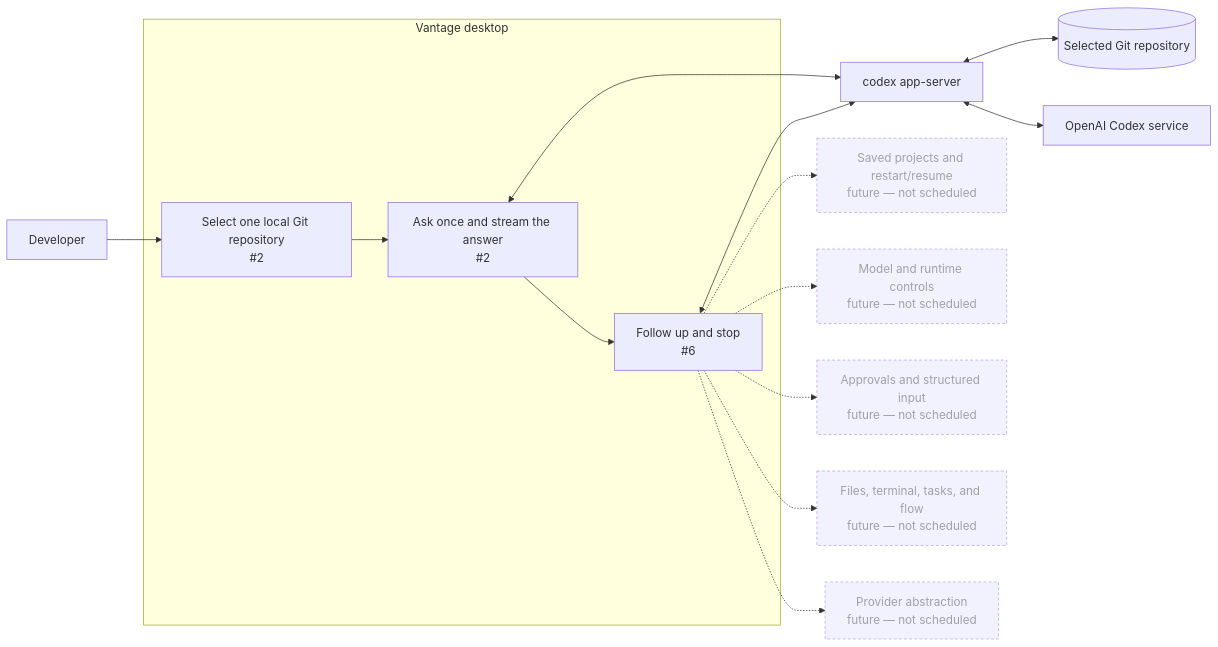
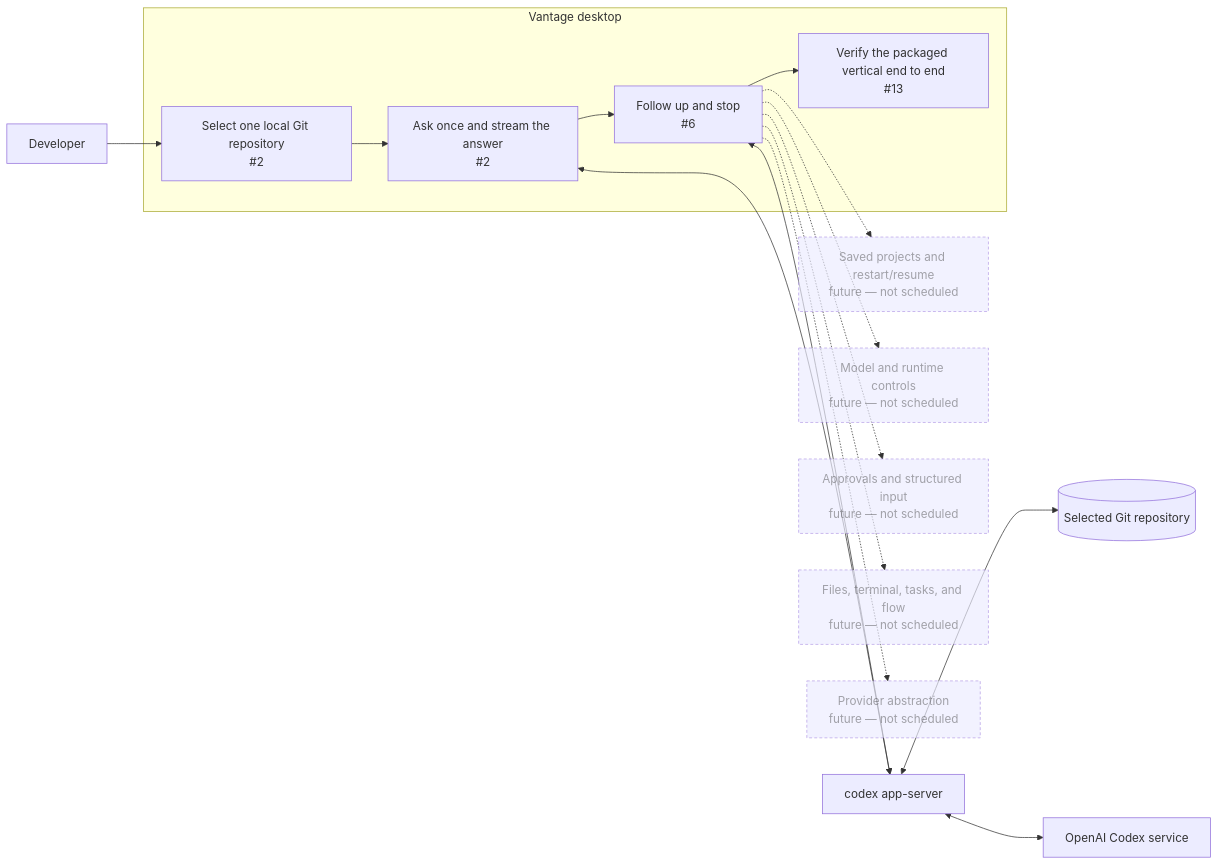
One commit to mabrax/vantage changed the diagram in docs/milestones/01-codex-chat.md. Above: the diagram before and after it, drawn with Mermaid. The commit also changed other lines of this file and 1 other file, not shown here.

````diff
--- a/docs/milestones/01-codex-chat.md
+++ b/docs/milestones/01-codex-chat.md
@@ -13,37 +13,38 @@
 ```mermaid
 flowchart LR
     USER["Developer"]
 
     subgraph DESKTOP["Vantage desktop"]
         PROJECT["Select one local Git repository<br/>#2"]
         TURN["Ask once and stream the answer<br/>#2"]
         CONVERSATION["Follow up and stop<br/>#6"]
+        QA["Verify the packaged vertical end to end<br/>#13"]
 
-        PROJECT --> TURN --> CONVERSATION
+        PROJECT --> TURN --> CONVERSATION --> QA
     end
 
     CODEX["codex app-server"]
     REPO[("Selected Git repository")]
     SERVICE["OpenAI Codex service"]
 
     USER --> PROJECT
     TURN <--> CODEX
     CONVERSATION <--> CODEX
     CODEX <--> REPO
     CODEX <--> SERVICE
 
     SAVED["Saved projects and restart/resume<br/>future — not scheduled"]
     CONTROLS["Model and runtime controls<br/>future — not scheduled"]
     BLOCKING["Approvals and structured input<br/>future — not scheduled"]
     SURFACES["Files, terminal, tasks, and flow<br/>future — not scheduled"]
     PROVIDERS["Provider abstraction<br/>future — not scheduled"]
 
     CONVERSATION -.-> SAVED
     CONVERSATION -.-> CONTROLS
     CONVERSATION -.-> BLOCKING
     CONVERSATION -.-> SURFACES
     CONVERSATION -.-> PROVIDERS
 
     classDef future stroke-dasharray: 4 3,opacity:0.65;
     class SAVED,CONTROLS,BLOCKING,SURFACES,PROVIDERS future;
 ```
````
